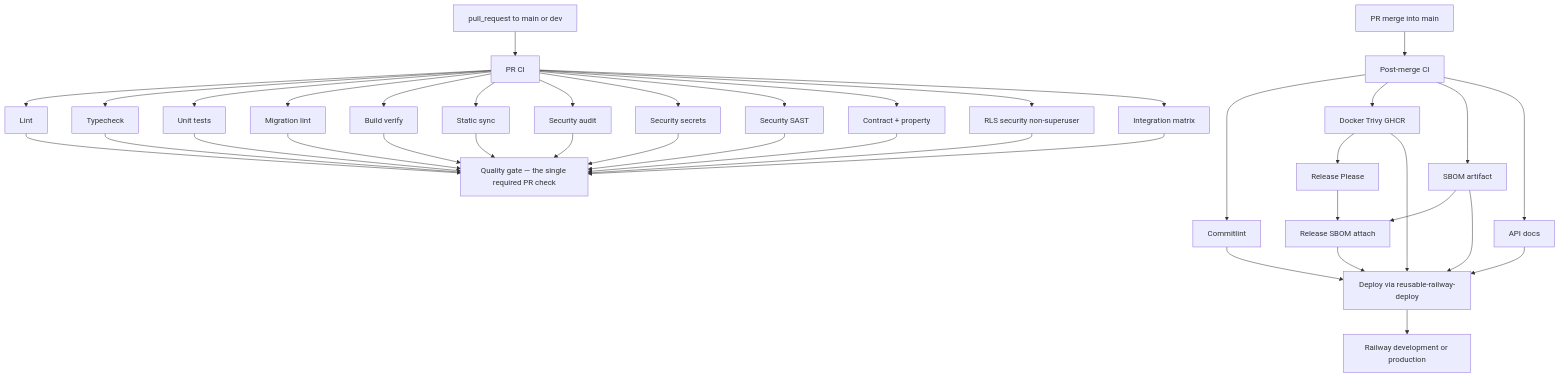
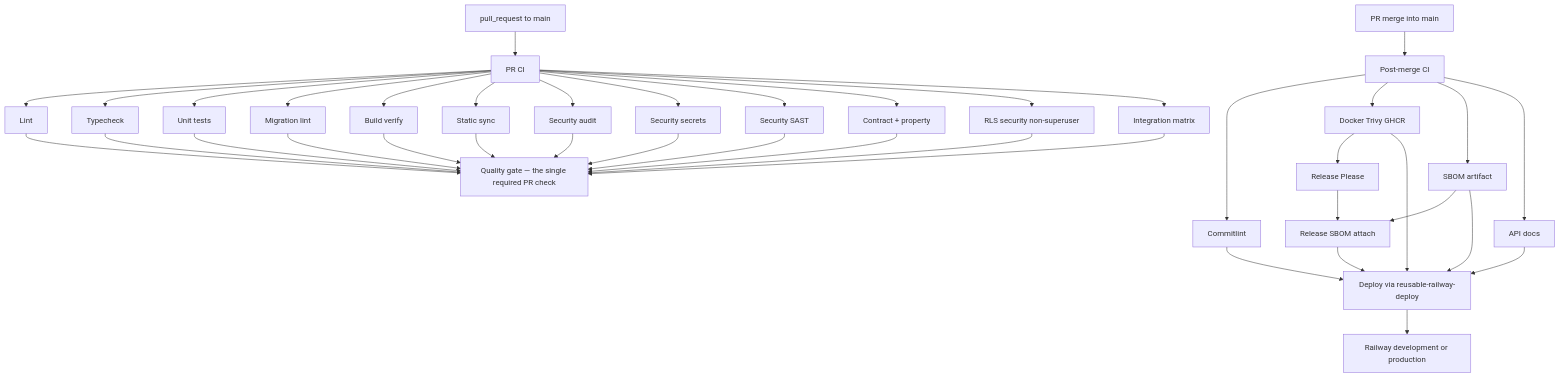
Before and after one commit to nikunjmavani/core-be: the first of 6 diagrams in docs/deployment/ci-cd/cicd-and-deployment.md, drawn with Mermaid. The commit also changed other lines of this file and 21 other files, not shown here.

````diff
--- a/docs/deployment/ci-cd/cicd-and-deployment.md
+++ b/docs/deployment/ci-cd/cicd-and-deployment.md
@@ -31,37 +29,37 @@
 ```mermaid
 flowchart TD
-  PR[pull_request to main or dev] --> PRCI[PR CI]
+  PR[pull_request to main] --> PRCI[PR CI]
   PRCI --> Lint[Lint]
   PRCI --> Typecheck[Typecheck]
   PRCI --> Unit[Unit tests]
   PRCI --> MigLint[Migration lint]
   PRCI --> BuildVerify[Build verify]
   PRCI --> StaticSync[Static sync]
   PRCI --> SecAudit[Security audit]
   PRCI --> SecSecrets[Security secrets]
   PRCI --> SecSAST[Security SAST]
   PRCI --> Contract[Contract + property]
   PRCI --> RLS[RLS security non-superuser]
   PRCI --> Matrix[Integration matrix]
 
   Lint & Typecheck & StaticSync & Unit & Matrix & MigLint & BuildVerify & SecAudit & SecSecrets & SecSAST & Contract & RLS --> QualityGate[Quality gate — the single required PR check]
 
   Merge[PR merge into main] --> PostMerge[Post-merge CI]
 
   PostMerge --> Commitlint[Commitlint]
   PostMerge --> Docker[Docker Trivy GHCR]
   PostMerge --> SBOM[SBOM artifact]
   PostMerge --> APIDocs[API docs]
 
   Docker --> ReleasePlease[Release Please]
   ReleasePlease --> ReleaseSBOM[Release SBOM attach]
   SBOM --> ReleaseSBOM
   ReleaseSBOM --> Deploy[Deploy via reusable-railway-deploy]
   Docker --> Deploy
   SBOM --> Deploy
   APIDocs --> Deploy
   Commitlint --> Deploy
 
   Deploy --> Railway[Railway development or production]
 
 ```
````
